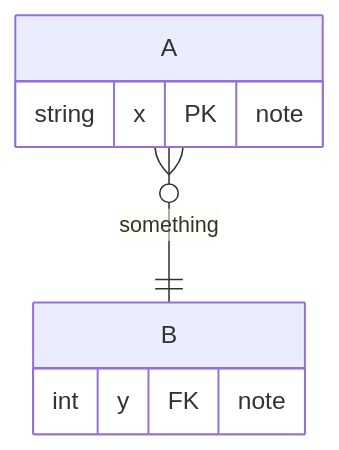
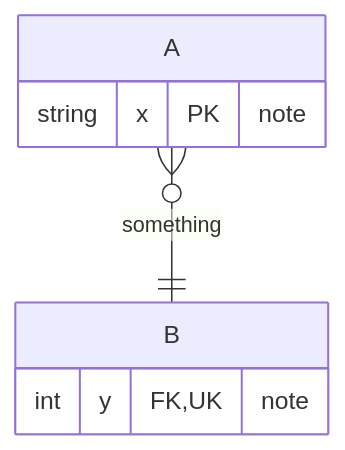
One commit to benallred/presentations changed the fifth of 12 diagrams in examples/mermaid.md. Above: the diagram before and after it, drawn with Mermaid. The commit also changed other lines of this file, not shown here.

Commit message:
Example: Mermaid: Update to 9.4.0

````diff
--- a/examples/mermaid.md
+++ b/examples/mermaid.md
@@ -50,10 +50,10 @@
 ```mermaid
 erDiagram
   A {
     string x PK "note"
   }
   B {
-    int y FK "note"
+    int y FK, UK "note"
   }
   A }o--|| B: something
 ```
````
